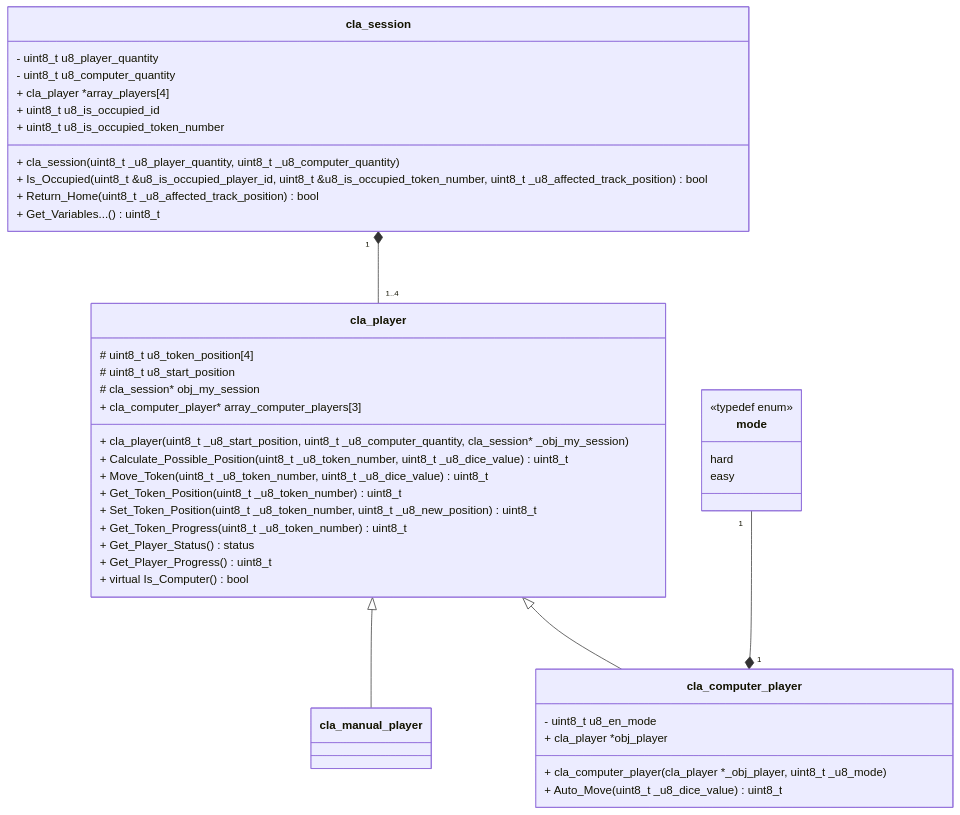
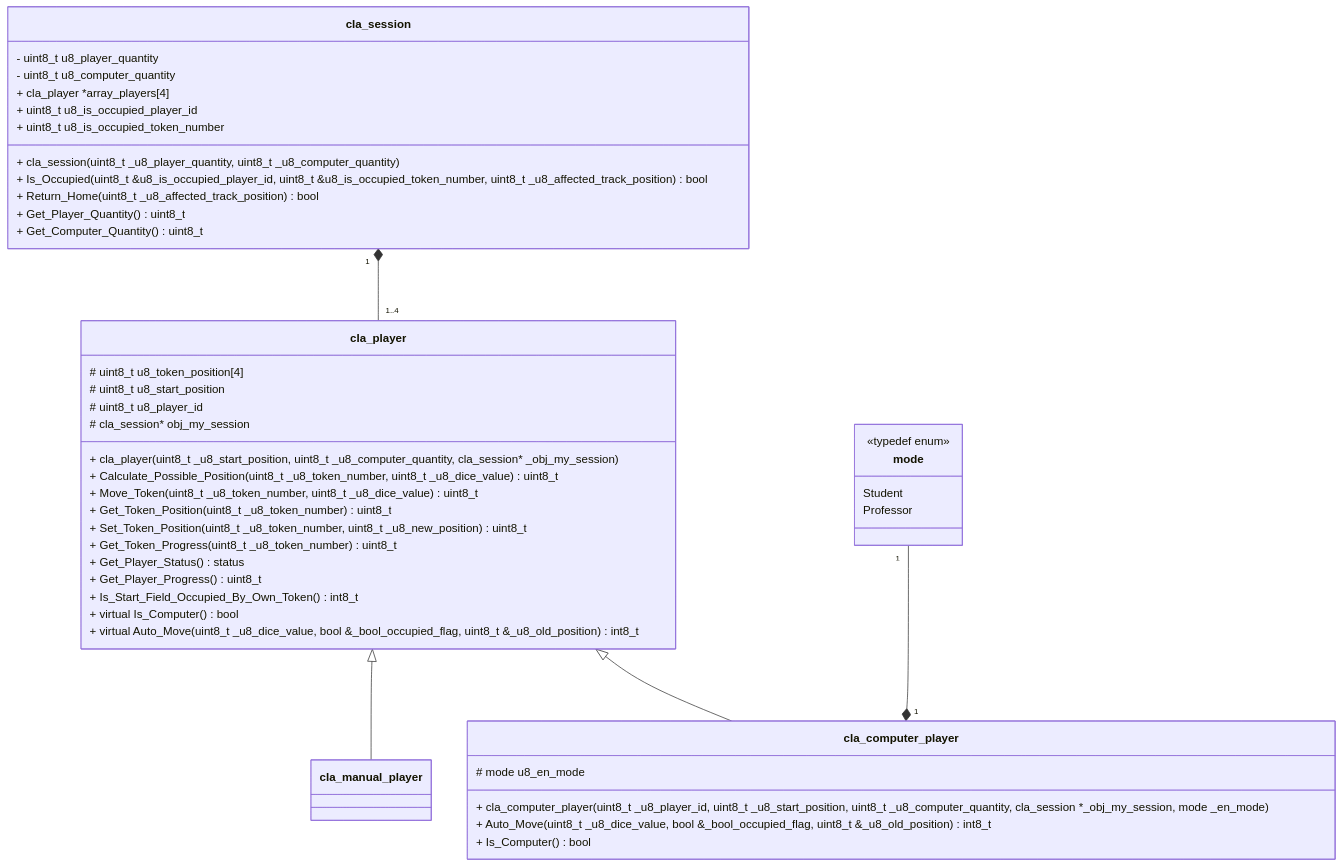
Before and after one commit to lukas1-12/Arduino_DHBW_Spiel: the third of 4 diagrams in Design_Description/Software_Architecture/DOC_DED_SOA_Software_Architecture.md, drawn with Mermaid. The commit also changed other lines of this file, not shown here.

Commit message:
Updated class diagramm

````diff
--- a/Design_Description/Software_Architecture/DOC_DED_SOA_Software_Architecture.md
+++ b/Design_Description/Software_Architecture/DOC_DED_SOA_Software_Architecture.md
@@ -100,56 +100,59 @@
 ```mermaid
   classDiagram
     %%{init:{'flowchart':{'nodeSpacing': 50, 'rankSpacing': 100}}}%%
     
     class cla_session {
         - uint8_t u8_player_quantity
         - uint8_t u8_computer_quantity
         + cla_player *array_players[4]
-        + uint8_t u8_is_occupied_id
+        + uint8_t u8_is_occupied_player_id
         + uint8_t u8_is_occupied_token_number
 
         + cla_session(uint8_t _u8_player_quantity, uint8_t _u8_computer_quantity)
         + Is_Occupied(uint8_t &u8_is_occupied_player_id, uint8_t &u8_is_occupied_token_number, uint8_t _u8_affected_track_position) bool
         + Return_Home(uint8_t _u8_affected_track_position) bool
-        + Get_Variables...()  uint8_t
+        + Get_Player_Quantity()  uint8_t
+        + Get_Computer_Quantity() uint8_t
 
     }
 
     cla_session "1" *-- "1..4" cla_player
     class cla_player {
         # uint8_t u8_token_position[4]
         # uint8_t u8_start_position
+        # uint8_t u8_player_id
         # cla_session* obj_my_session
-        + cla_computer_player* array_computer_players[3]
 
         + cla_player(uint8_t _u8_start_position, uint8_t _u8_computer_quantity, cla_session* _obj_my_session)
         + Calculate_Possible_Position(uint8_t _u8_token_number, uint8_t _u8_dice_value) uint8_t
         + Move_Token(uint8_t _u8_token_number, uint8_t _u8_dice_value) uint8_t
         + Get_Token_Position(uint8_t _u8_token_number) uint8_t
         + Set_Token_Position(uint8_t _u8_token_number, uint8_t _u8_new_position) uint8_t
         + Get_Token_Progress(uint8_t _u8_token_number) uint8_t
         + Get_Player_Status() status
         + Get_Player_Progress() uint8_t
+        + Is_Start_Field_Occupied_By_Own_Token() int8_t
         + virtual Is_Computer() bool
+        + virtual Auto_Move(uint8_t _u8_dice_value, bool &_bool_occupied_flag, uint8_t &_u8_old_position) int8_t
 
     }
 
     cla_player <|-- cla_manual_player
     class cla_manual_player
 
     cla_player <|-- cla_computer_player
     class cla_computer_player{
-        - uint8_t u8_en_mode
-        + cla_player *obj_player
+        # mode u8_en_mode
 
-        + cla_computer_player(cla_player *_obj_player, uint8_t _u8_mode)
-        + Auto_Move(uint8_t _u8_dice_value) uint8_t
+        + cla_computer_player(uint8_t _u8_player_id, uint8_t _u8_start_position, uint8_t _u8_computer_quantity, cla_session *_obj_my_session, mode _en_mode)
+        + Auto_Move(uint8_t _u8_dice_value, bool &_bool_occupied_flag, uint8_t &_u8_old_position) int8_t
+        + Is_Computer() bool
     }
 
     mode "1" --* "1" cla_computer_player
     class mode{
         <<typedef enum>>
-        hard
-        easy
+        Student
+        Professor
     }
 ```
````
